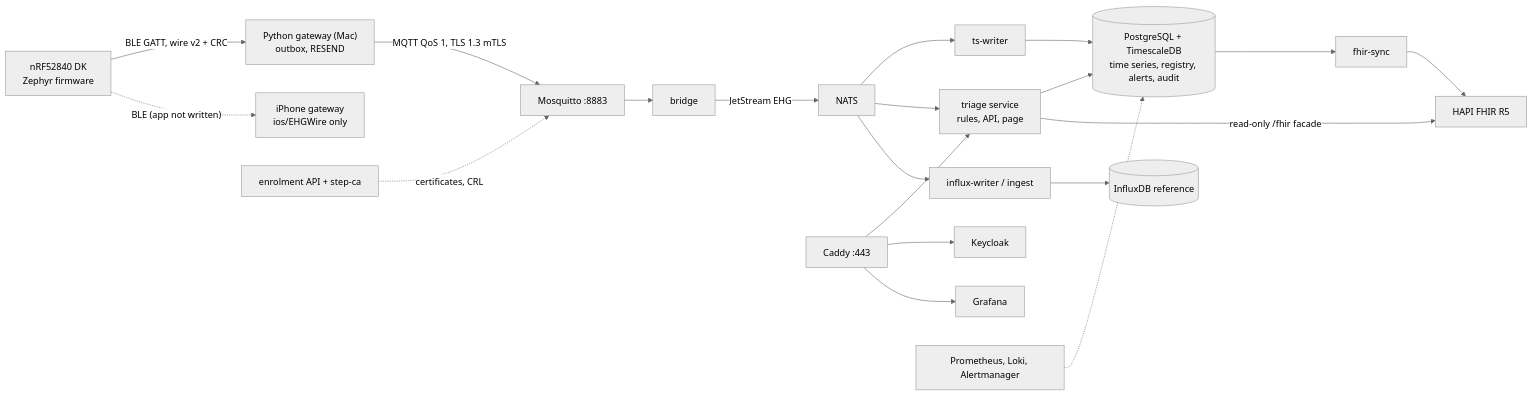
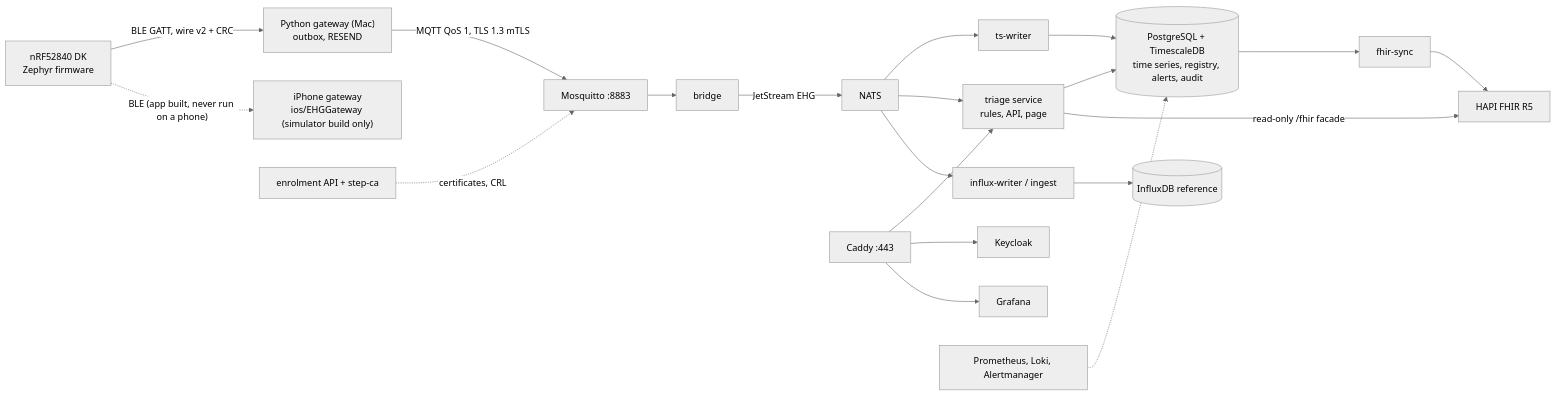
One commit to bpetselis01/ehg_embedded changed the third of 3 diagrams in docs/production-topology.md. Above: the diagram before and after it, drawn with Mermaid (neutral theme). The commit also changed 28 other files, not shown here.

Commit message:
feat: iPhone gateway core (message, outbox, session, MQTT over TLS 1.3 proven on a real broker), app target that builds for the simulator, golden messages, first-resend clock fix

````diff
--- a/docs/production-topology.md
+++ b/docs/production-topology.md
@@ -134,17 +134,17 @@
 ```mermaid
 flowchart LR
   node["nRF52840 DK<br/>Zephyr firmware"] -->|"BLE GATT, wire v2 + CRC"| gw["Python gateway (Mac)<br/>outbox, RESEND"]
-  node -.->|"BLE (app not written)"| ios["iPhone gateway<br/>ios/EHGWire only"]
+  node -.->|"BLE (app built, never run on a phone)"| ios["iPhone gateway<br/>ios/EHGGateway (simulator build only)"]
   gw -->|"MQTT QoS 1, TLS 1.3 mTLS"| mq["Mosquitto :8883"]
   mq --> br["bridge"] -->|"JetStream EHG"| nats["NATS"]
   nats --> tsw["ts-writer"] --> pg[("PostgreSQL + TimescaleDB<br/>time series, registry, alerts, audit")]
   nats --> tri["triage service<br/>rules, API, page"] --> pg
   nats --> inf["influx-writer / ingest"] --> influx[("InfluxDB reference")]
   pg --> fs["fhir-sync"] --> hapi["HAPI FHIR R5"]
   tri -->|"read-only /fhir facade"| hapi
   caddy["Caddy :443"] --> tri
   caddy --> kc["Keycloak"]
   caddy --> graf["Grafana"]
   enr["enrolment API + step-ca"] -.->|"certificates, CRL"| mq
   prom["Prometheus, Loki, Alertmanager"] -.-> pg
 ```
````
